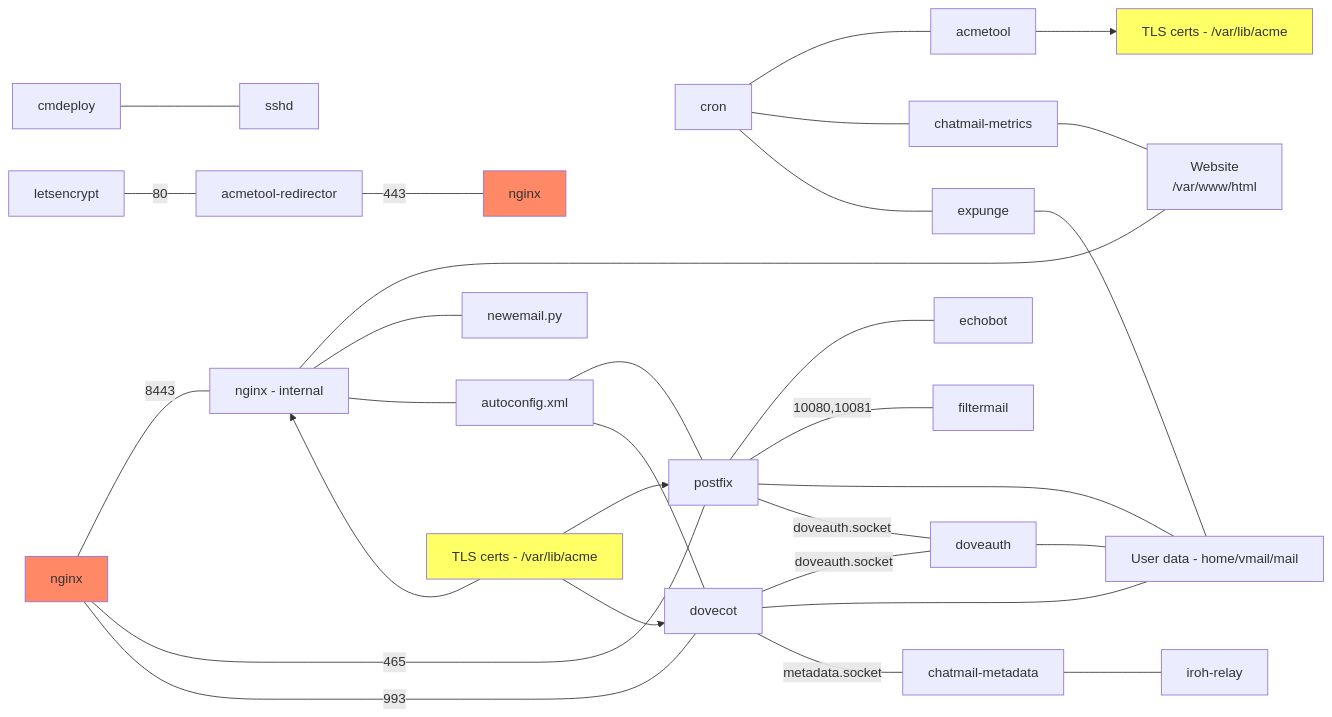
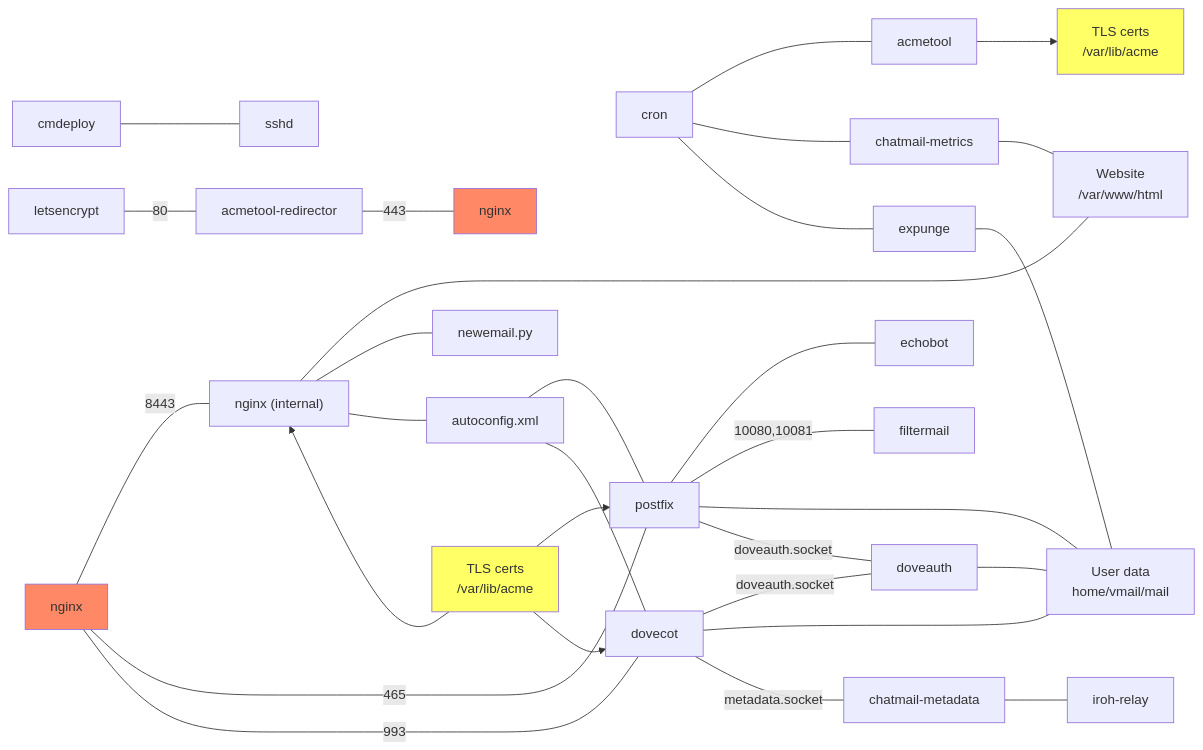
One commit to cliffmccarthy/chatmail-relay changed the diagram in ARCHITECTURE.md. Above: the diagram before and after it, drawn with Mermaid.

Commit message:
reformat

````diff
--- a/ARCHITECTURE.md
+++ b/ARCHITECTURE.md
@@ -4,37 +4,40 @@
 ```mermaid
 graph LR;
     cmdeploy --- sshd;
     letsencrypt --- |80|acmetool-redirector;
     acmetool-redirector --- |443|nginx-right[nginx];
-    nginx --- |8443|nginx-internal[nginx - internal];
+    nginx --- |8443|nginx-internal["nginx (internal)"];
     nginx-internal --- website["`Website
     /var/www/html`"];
     nginx-internal --- newemail.py;
     nginx-internal --- autoconfig.xml;
-    nginx-internal ~~~ certs-nginx[TLS certs - /var/lib/acme] --> nginx-internal;
+    nginx-internal ~~~ certs-nginx["`TLS certs
+    /var/lib/acme`"] --> nginx-internal;
     cron --- acmetool;
     cron --- chatmail-metrics;
     cron --- expunge;
     chatmail-metrics --- website;
-    acmetool --> certs[TLS certs - /var/lib/acme];
+    acmetool --> certs["`TLS certs
+    /var/lib/acme`"];
     nginx --- |465|postfix;
     nginx --- |993|dovecot;
     autoconfig.xml --- postfix;
     autoconfig.xml --- dovecot;
     postfix --- echobot;
     postfix --- |10080,10081|filtermail;
-    postfix --- users[User data - home/vmail/mail];
+    postfix --- users["`User data
+    home/vmail/mail`"];
     postfix --- |doveauth.socket|doveauth;
     dovecot --- |doveauth.socket|doveauth;
     dovecot --- users;
     dovecot --- |metadata.socket|chatmail-metadata;
     doveauth --- users;
     expunge --- users;
     chatmail-metadata --- iroh-relay;
     certs-nginx --> postfix;
     certs-nginx --> dovecot;
     style certs fill:#ff6;
     style certs-nginx fill:#ff6;
     style nginx fill:#f86;
     style nginx-right fill:#f86;
 ```
````
